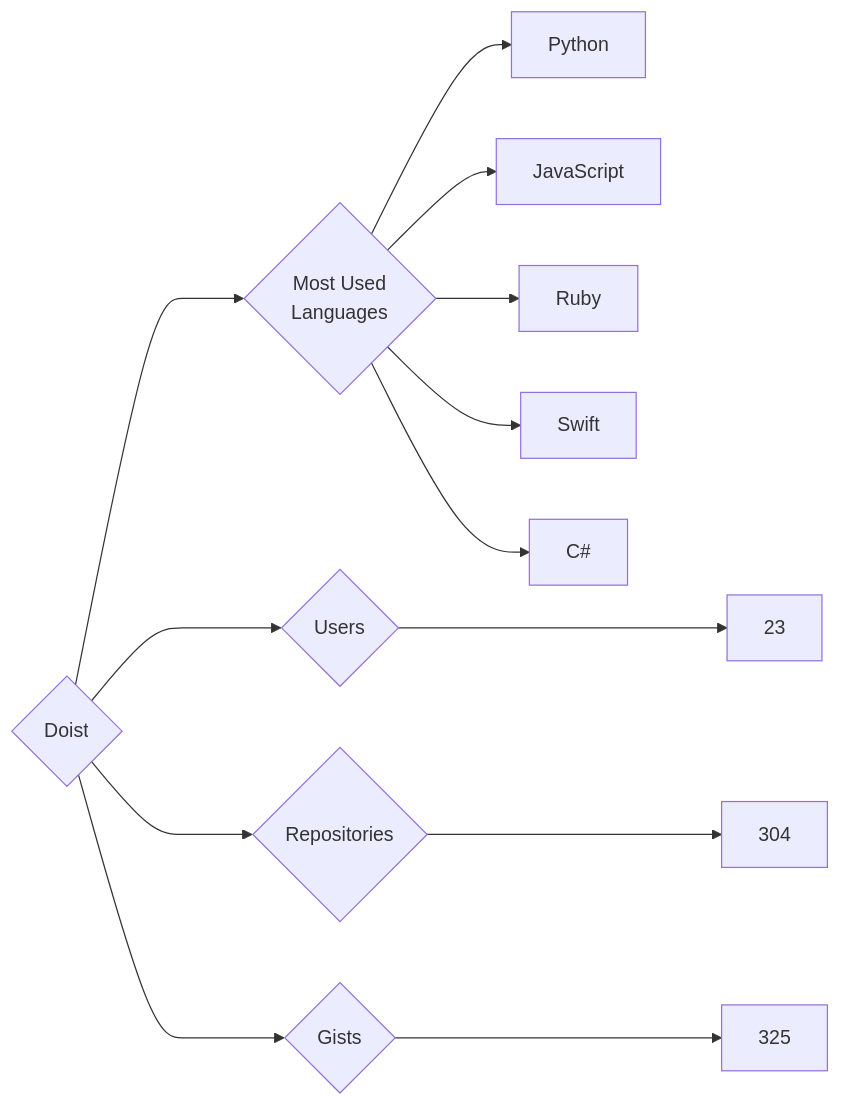
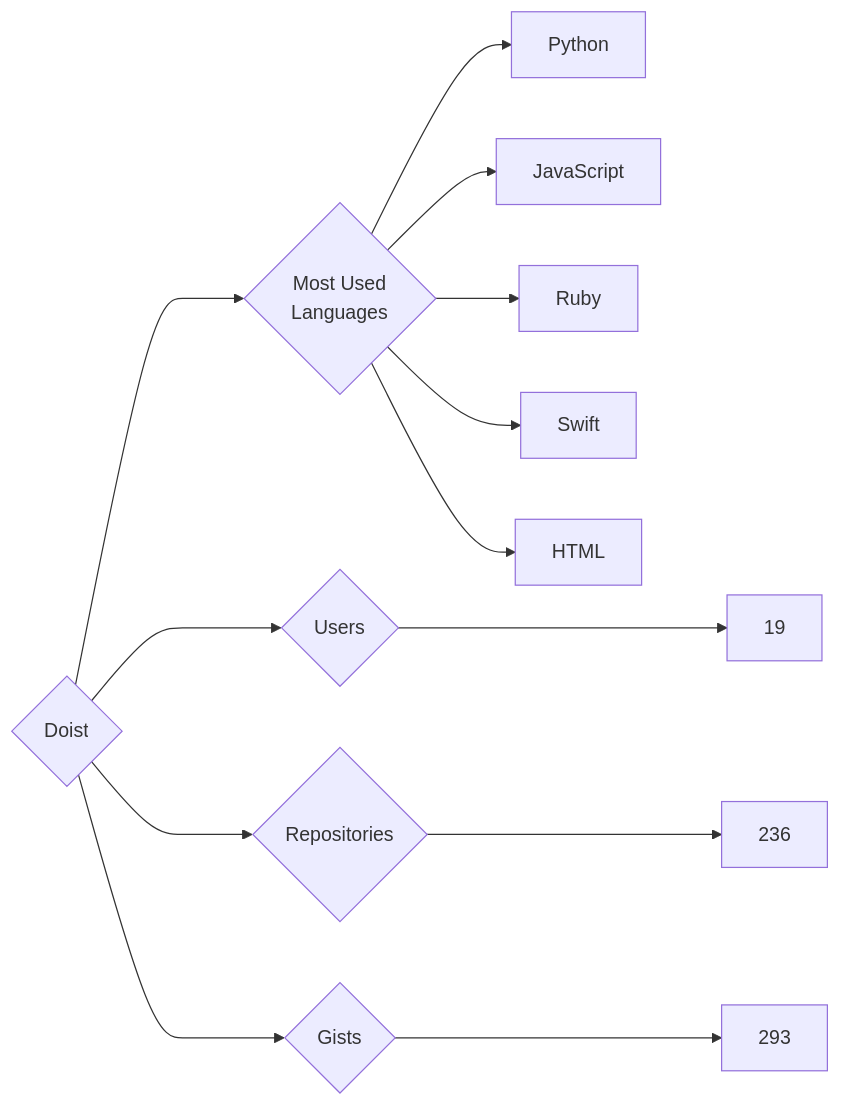
Before and after one commit to trickest/insiders: the diagram in targets/Doist/README.md, drawn with Mermaid. The commit also changed 860 other files, not shown here.

````diff
--- a/targets/Doist/README.md
+++ b/targets/Doist/README.md
@@ -3,13 +3,13 @@
 ```mermaid
 graph LR
 COMPANY_NAME{Doist}
-COMPANY_NAME ---> U{Users} ---> UN[23]
-COMPANY_NAME ---> R{Repositories} ---> RN[304]
-COMPANY_NAME ---> G{Gists} ---> GN[325]
+COMPANY_NAME ---> U{Users} ---> UN[19]
+COMPANY_NAME ---> R{Repositories} ---> RN[236]
+COMPANY_NAME ---> G{Gists} ---> GN[293]
 COMPANY_NAME ---> ML{Most Used<br>Languages}
 ML --> Python[Python]
 ML --> JavaScript[JavaScript]
 ML --> Ruby[Ruby]
 ML --> Swift[Swift]
-ML --> C#[C#]
+ML --> HTML[HTML]
 ```
````
